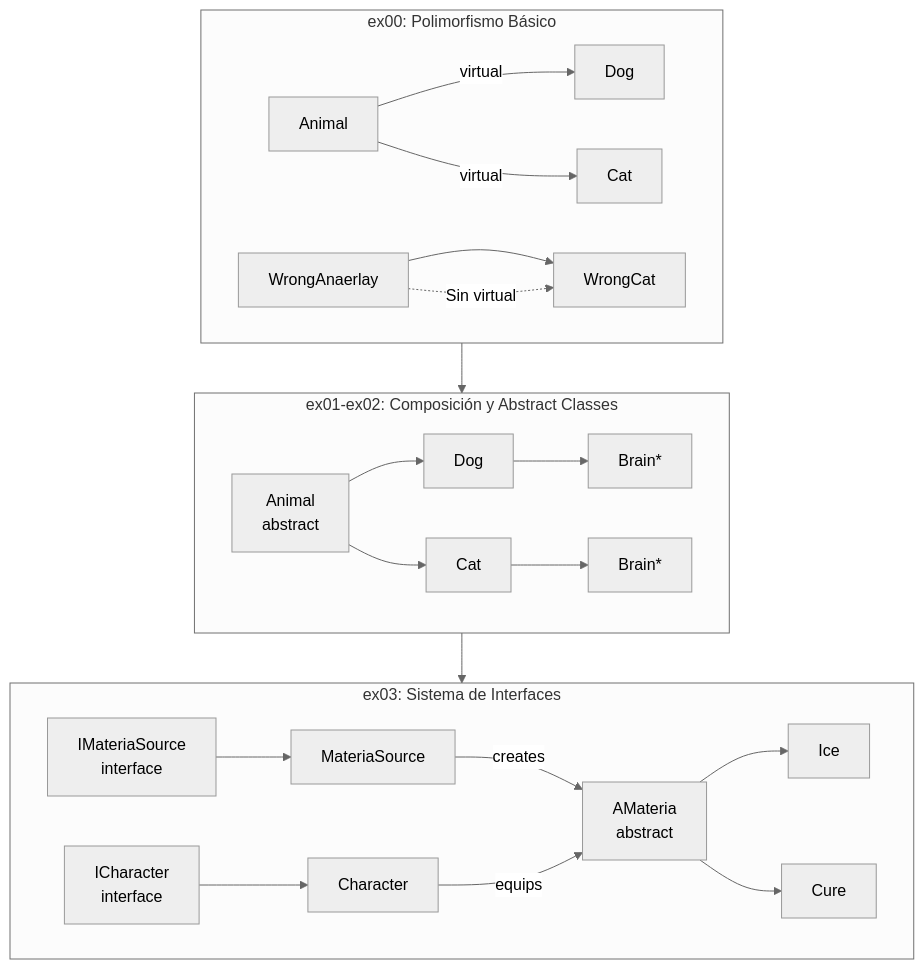
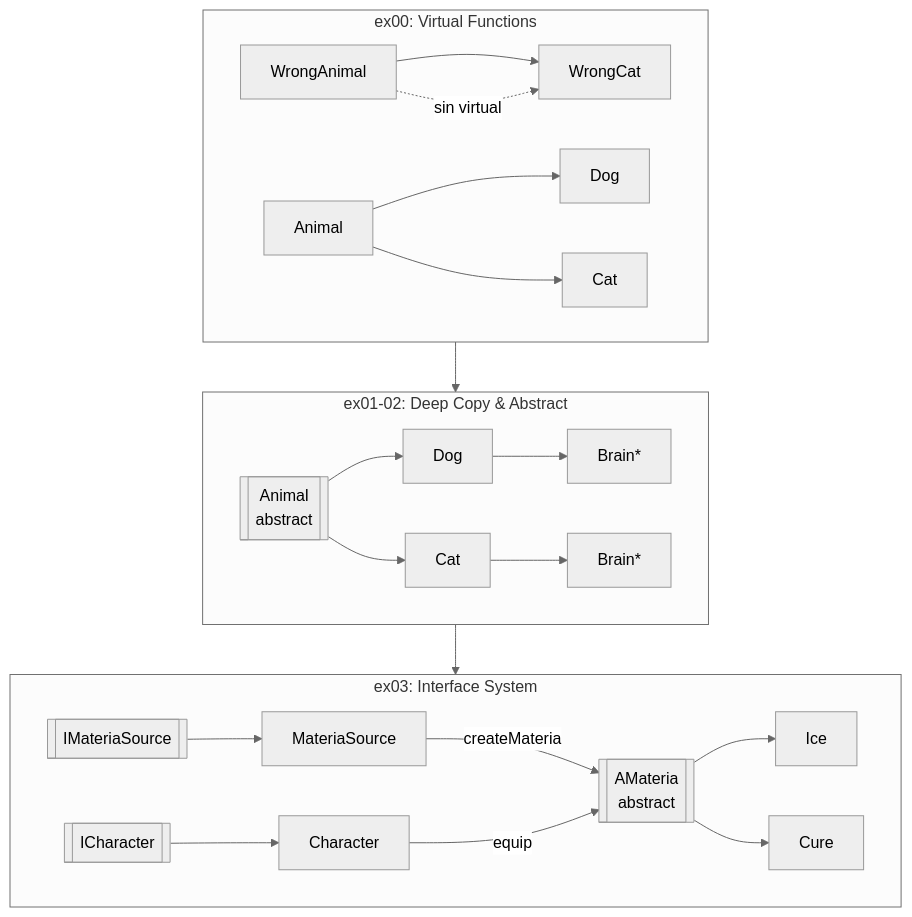
Before and after one commit to samuelhm/CPP-MODULE-04: the diagram in README.md, drawn with Mermaid (neutral theme). The commit also changed other lines of this file, not shown here.

````diff
--- a/README.md
+++ b/README.md
@@ -47,28 +40,28 @@
 ```mermaid
 flowchart TB
-    subgraph ex00["ex00: Polimorfismo Básico"]
-        A0[Animal] -->|virtual| D0[Dog]
-        A0 -->|virtual| C0[Cat]
-        WA[WrongAnaerlay] --> WC[WrongCat]
-        WA -.->|Sin virtual| WC
+    subgraph ex00["ex00: Virtual Functions"]
+        WA[WrongAnimal] --> WC[WrongCat]
+        WA -.->|sin virtual| WC
+        A0[Animal] --> D0[Dog]
+        A0 --> C0[Cat]
     end
 
-    subgraph ex01_ex02["ex01-ex02: Composición y Abstract Classes"]
-        A1[Animal<br/>abstract] --> D1[Dog]
+    subgraph ex01["ex01-02: Deep Copy & Abstract"]
+        A1[[Animal<br/>abstract]] --> D1[Dog]
         A1 --> C1[Cat]
         D1 --> B1[Brain*]
         C1 --> B2[Brain*]
     end
 
-    subgraph ex03["ex03: Sistema de Interfaces"]
-        IMS[IMateriaSource<br/>interface] --> MS[MateriaSource]
-        IC[ICharacter<br/>interface] --> CH[Character]
-        AM[AMateria<br/>abstract] --> ICE[Ice]
-        AM --> CUR[Cure]
-        MS -->|creates| AM
-        CH -->|equips| AM
+    subgraph ex03["ex03: Interface System"]
+        IMS[[IMateriaSource]] --> MS[MateriaSource]
+        IC[[ICharacter]] --> CH[Character]
+        AM[[AMateria<br/>abstract]] --> Ice[Ice]
+        AM --> Cure[Cure]
+        MS -->|createMateria| AM
+        CH -->|equip| AM
     end
 
-    ex00 --> ex01_ex02
-    ex01_ex02 --> ex03
+    ex00 --> ex01
+    ex01 --> ex03
 ```
````
